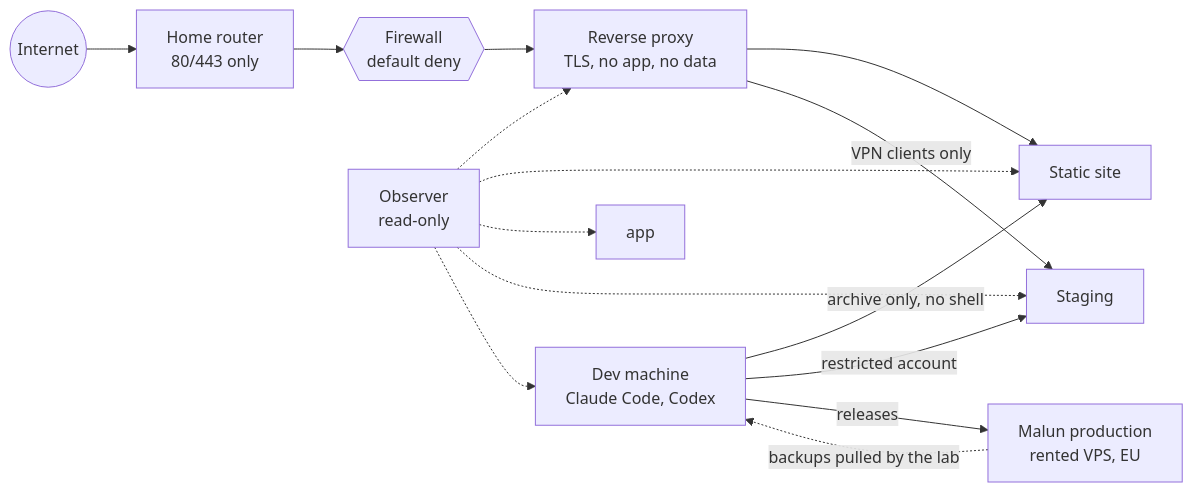
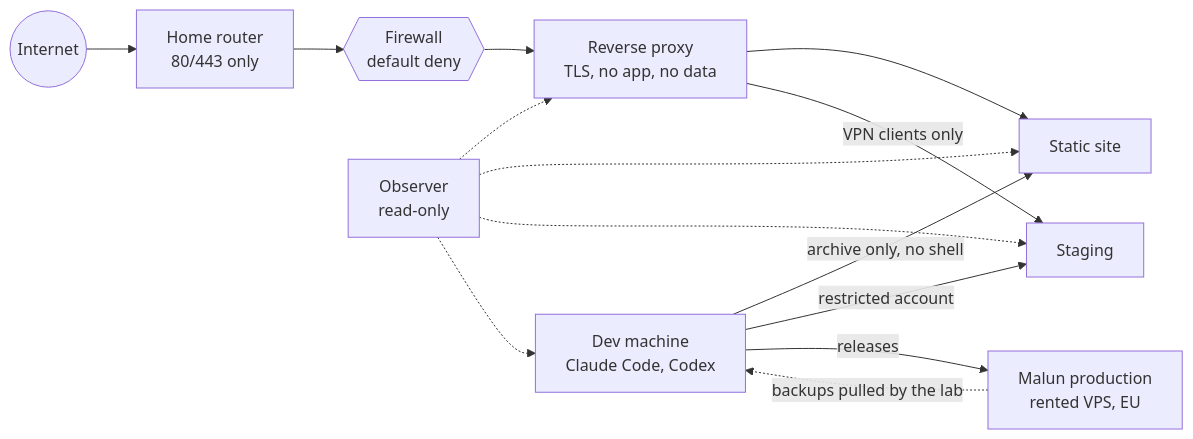
Before and after one commit to Antoine-DOT/atl-lab: the diagram in README.md, drawn with Mermaid. The commit also changed 2 other files, not shown here.

Commit message:
Malun production now runs on a rented VPS

````diff
--- a/README.md
+++ b/README.md
@@ -17,13 +17,13 @@
 ```mermaid
 flowchart LR
     internet((Internet)) --> router[Home router<br/>80/443 only]
     router --> fw{{Firewall<br/>default deny}}
     fw --> proxy[Reverse proxy<br/>TLS, no app, no data]
     proxy --> site[Static site]
     proxy -->|VPN clients only| preview[Staging]
     dev[Dev machine<br/>Claude Code, Codex] -->|archive only, no shell| site
     dev -->|restricted account| preview
     dev -->|releases| vps[Malun production<br/>rented VPS, EU]
     vps -.->|backups pulled by the lab| dev
-    observer[Observer<br/>read-only] -.-> proxy & site & app & preview & dev
+    observer[Observer<br/>read-only] -.-> proxy & site & preview & dev
 ```
````
